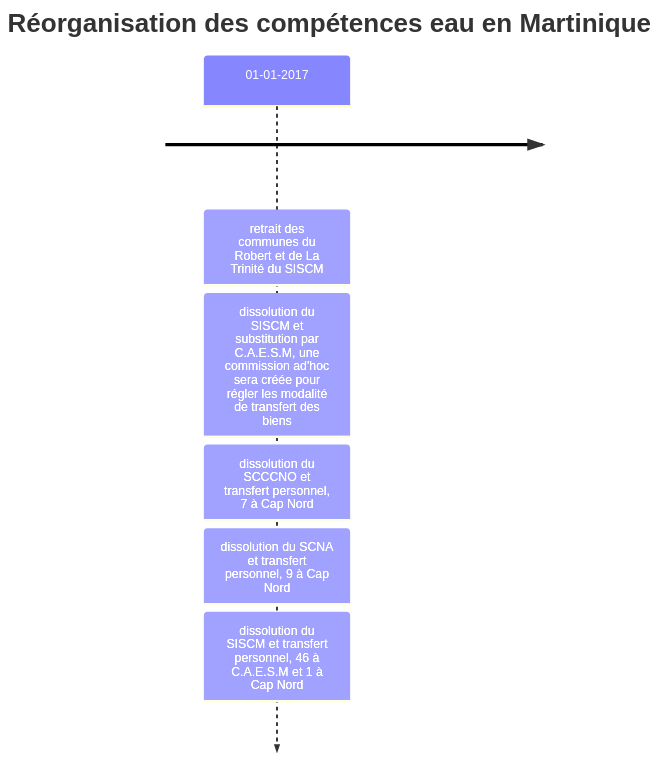
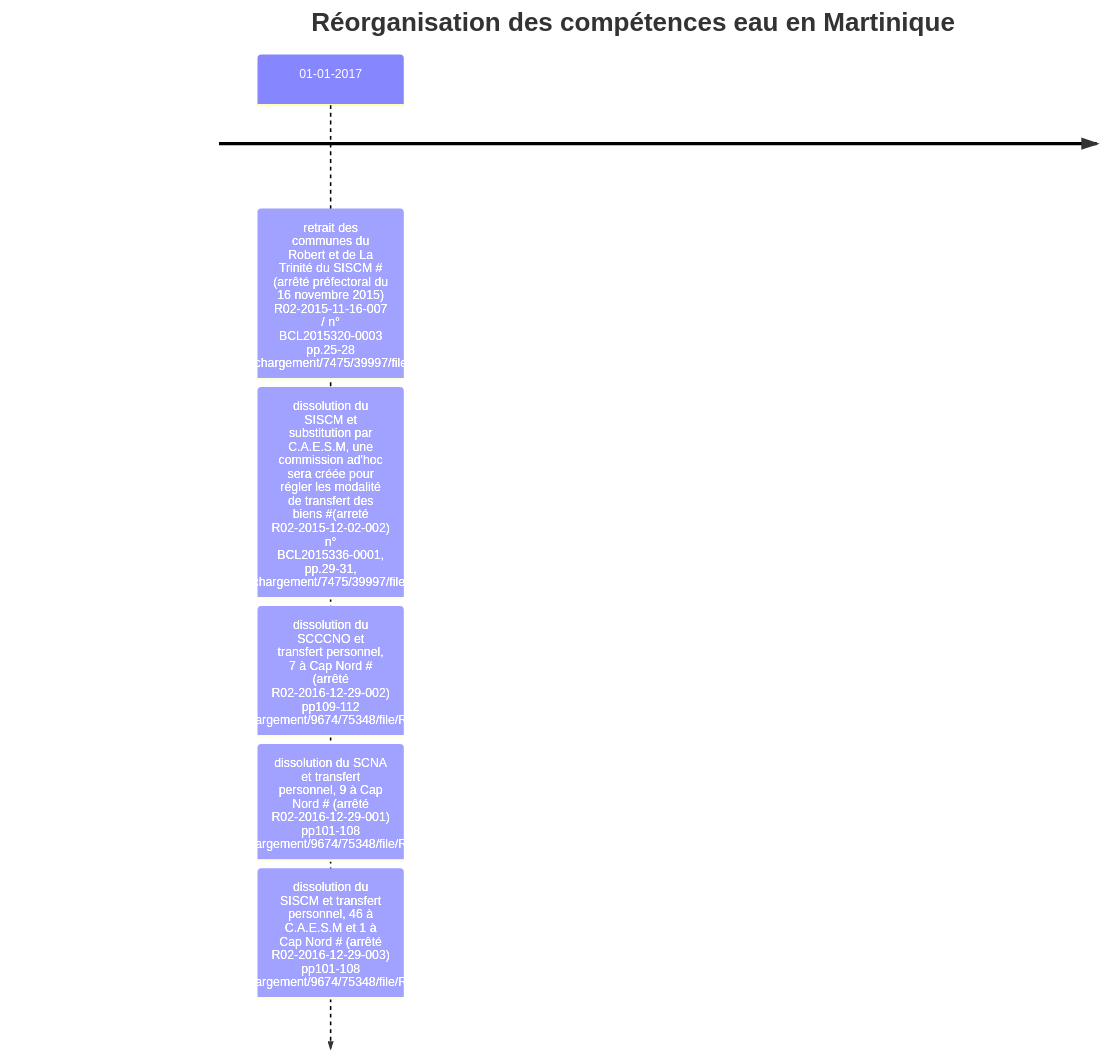
One commit to glefait/open-diagrams changed the first of 2 diagrams in mq/eau/reorg.md. Above: the diagram before and after it, drawn with Mermaid. The commit also changed other lines of this file, not shown here.

````diff
--- a/mq/eau/reorg.md
+++ b/mq/eau/reorg.md
@@ -1,10 +1,11 @@
 ```mermaid
 timeline
     title Réorganisation des compétences eau en Martinique
 
-    01-01-2017 : retrait des communes du Robert et de La Trinité du SISCM
-               : dissolution du SISCM et substitution par C.A.E.S.M, une commission ad'hoc sera créée pour régler les modalité de transfert des biens 
-               : dissolution du SCCCNO et transfert personnel, 7 à Cap Nord 
-               : dissolution du SCNA et transfert personnel, 9 à Cap Nord 
-               : dissolution du SISCM et transfert personnel, 46 à C.A.E.S.M et 1 à Cap Nord 
+    01-01-2017 : retrait des communes du Robert et de La Trinité du SISCM  # (arrêté préfectoral du 16 novembre 2015) R02-2015-11-16-007 / n° BCL2015320-0003  pp.25-28  https://www.martinique.gouv.fr/contenu/telechargement/7475/39997/file/RAA%20-%20N%C2%B002-2015-014.pdf 
+               : dissolution du SISCM et substitution par C.A.E.S.M, une commission ad'hoc sera créée pour régler les modalité de transfert des biens #(arreté R02-2015-12-02-002) n° BCL2015336-0001, pp.29-31, https://www.martinique.gouv.fr/contenu/telechargement/7475/39997/file/RAA%20-%20N%C2%B002-2015-014.pdf)
+               : dissolution du SCCCNO et transfert personnel, 7 à Cap Nord #  (arrêté R02-2016-12-29-002) pp109-112 https://www.martinique.gouv.fr/contenu/telechargement/9674/75348/file/RAA%20-%20N%C2%B0%2002-2016-134.pdf
+               : dissolution du SCNA et transfert personnel, 9 à Cap Nord  # (arrêté R02-2016-12-29-001) pp101-108 https://www.martinique.gouv.fr/contenu/telechargement/9674/75348/file/RAA%20-%20N%C2%B0%2002-2016-134.pdf
+               : dissolution du SISCM et transfert personnel, 46 à C.A.E.S.M et 1 à Cap Nord # (arrêté R02-2016-12-29-003)  pp101-108 https://www.martinique.gouv.fr/contenu/telechargement/9674/75348/file/RAA%20-%20N%C2%B0%2002-2016-134.pdf
+
 ```
````
